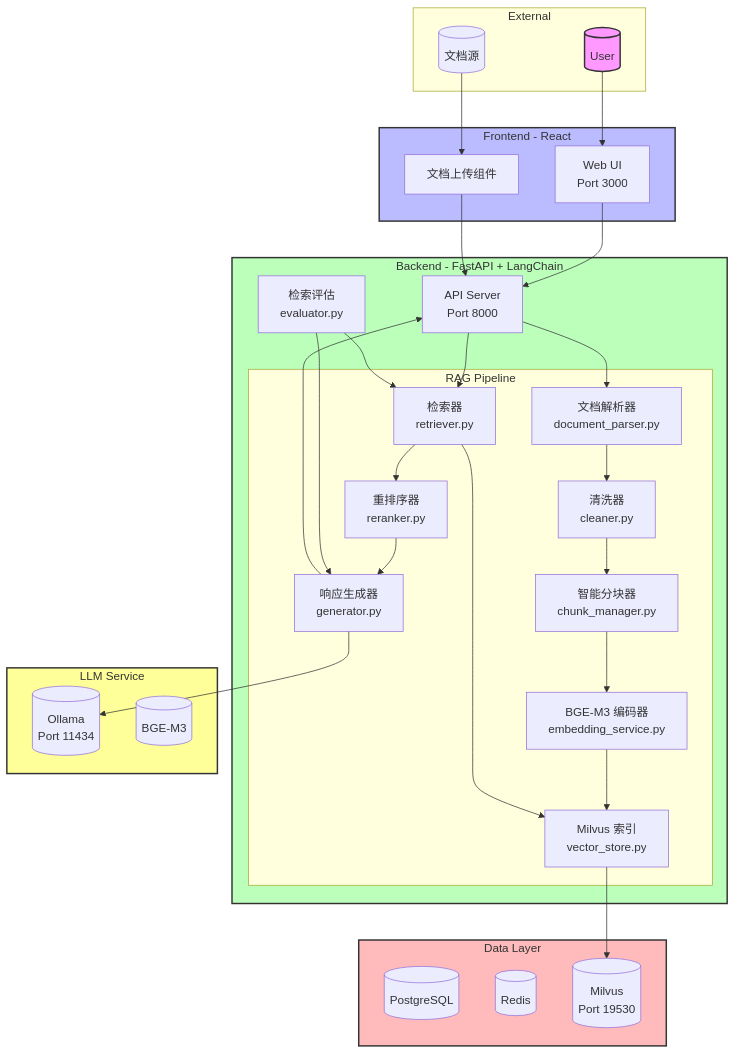
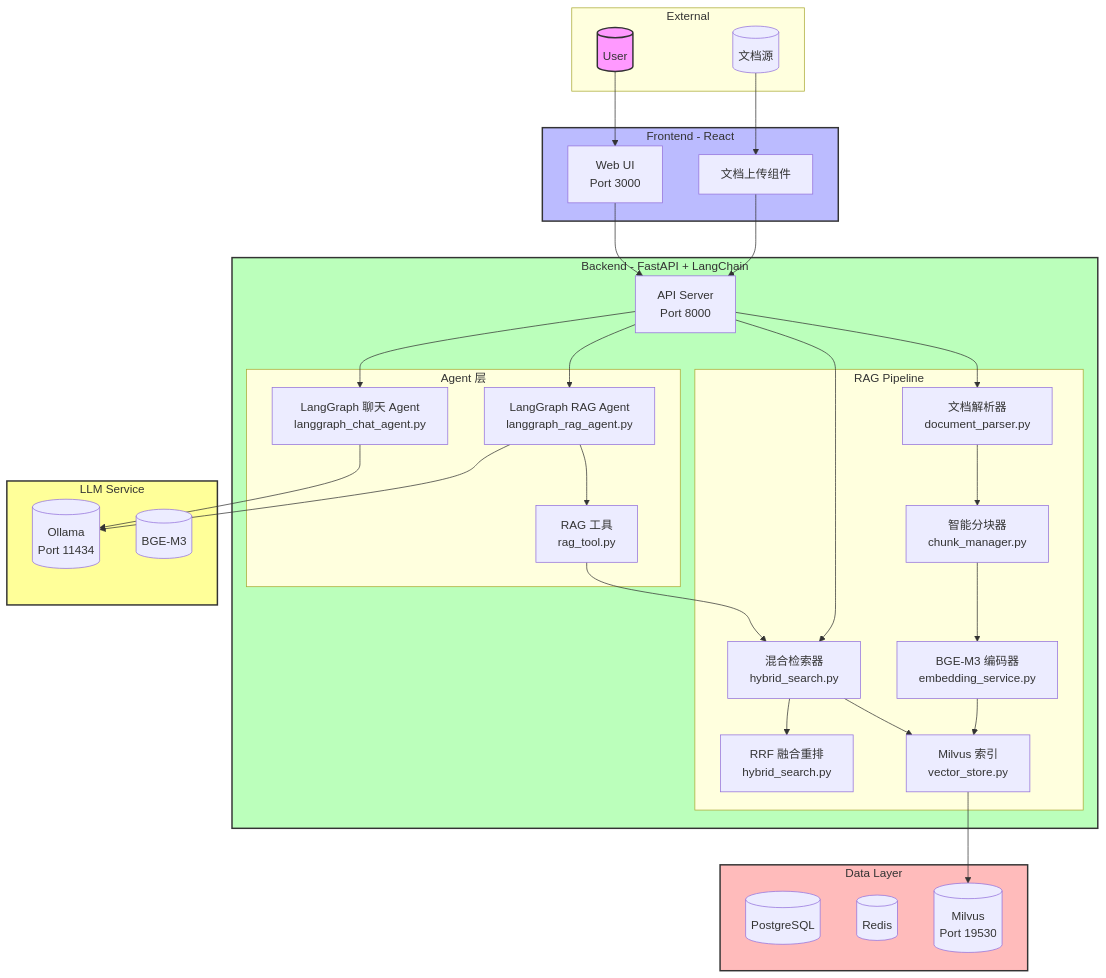
The first of 2 diagrams in ai-saas-week3/README.md (leiluZ/ai-native-saas), drawn with Mermaid before and after one commit. The commit also changed other lines of this file and 17 other files, not shown here.

````diff
--- a/ai-saas-week3/README.md
+++ b/ai-saas-week3/README.md
@@ -47,65 +47,67 @@
 ```mermaid
 graph TB
     subgraph External["External"]
         User[("User")]
         DocSource[(文档源)]
     end
 
     subgraph Frontend["Frontend - React"]
         Web[Web UI<br/>Port 3000]
         Upload[文档上传组件]
     end
 
     subgraph Backend["Backend - FastAPI + LangChain"]
         API[API Server<br/>Port 8000]
 
         subgraph RAG_Pipeline["RAG Pipeline"]
             Parser[文档解析器<br/>document_parser.py]
-            Cleaner[清洗器<br/>cleaner.py]
             Chunker[智能分块器<br/>chunk_manager.py]
             Embedding[BGE-M3 编码器<br/>embedding_service.py]
             VectorStore[Milvus 索引<br/>vector_store.py]
-            Retriever[检索器<br/>retriever.py]
-            Reranker[重排序器<br/>reranker.py]
-            Generator[响应生成器<br/>generator.py]
+            Retriever[混合检索器<br/>hybrid_search.py]
+            Reranker[RRF 融合重排<br/>hybrid_search.py]
         end
 
-        Evaluator[检索评估<br/>evaluator.py]
+        subgraph Agent["Agent 层"]
+            RagTool[RAG 工具<br/>rag_tool.py]
+            RagAgent[LangGraph RAG Agent<br/>langgraph_rag_agent.py]
+            ChatAgent[LangGraph 聊天 Agent<br/>langgraph_chat_agent.py]
+        end
     end
 
     subgraph Data["Data Layer"]
         DB[(PostgreSQL)]
         Redis[(Redis)]
         Milvus[(Milvus<br/>Port 19530)]
     end
 
     subgraph LLM_Service["LLM Service"]
         Ollama[(Ollama<br/>Port 11434)]
         EmbeddingModel[(BGE-M3)]
     end
 
     User --> Web
     Web --> API
     DocSource --> Upload
     Upload --> API
     API --> Parser
-    Parser --> Cleaner
-    Cleaner --> Chunker
+    Parser --> Chunker
     Chunker --> Embedding
     Embedding --> VectorStore
     VectorStore --> Milvus
     API --> Retriever
     Retriever --> VectorStore
     Retriever --> Reranker
-    Reranker --> Generator
-    Generator --> Ollama
-    Generator --> API
-    Evaluator --> Retriever
-    Evaluator --> Generator
+    RagAgent --> RagTool
+    RagTool --> Retriever
+    RagAgent --> Ollama
+    ChatAgent --> Ollama
+    API --> RagAgent
+    API --> ChatAgent
 
     style User fill:#f9f,stroke:#333,stroke-width:2px
     style Frontend fill:#bbf,stroke:#333,stroke-width:2px
     style Backend fill:#bfb,stroke:#333,stroke-width:2px
     style Data fill:#fbb,stroke:#333,stroke-width:2px
     style LLM_Service fill:#ff9,stroke:#333,stroke-width:2px
 ```
````
